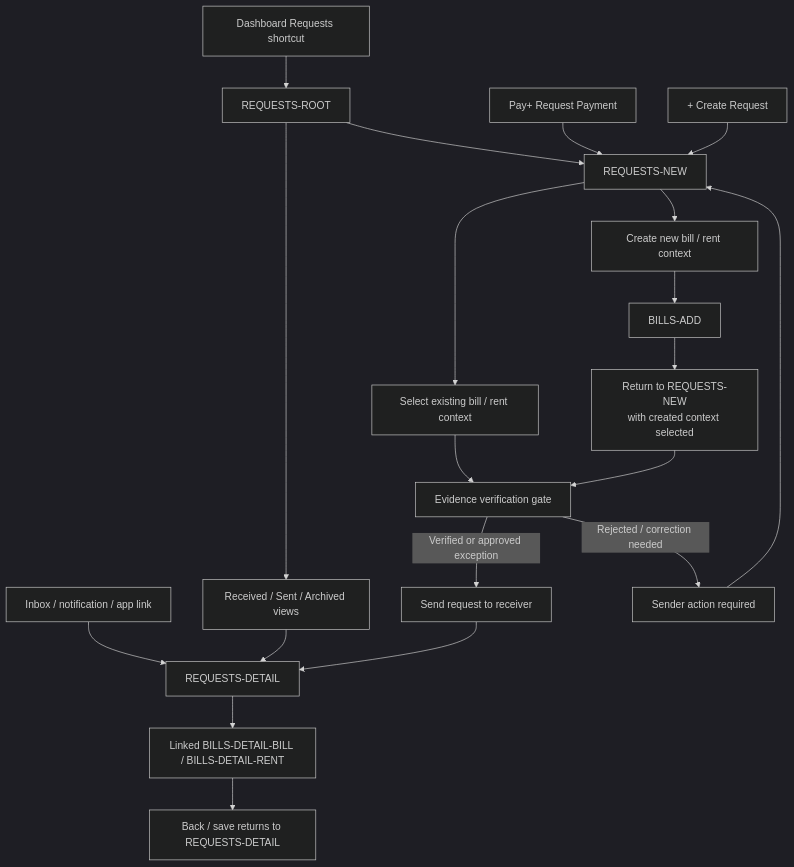
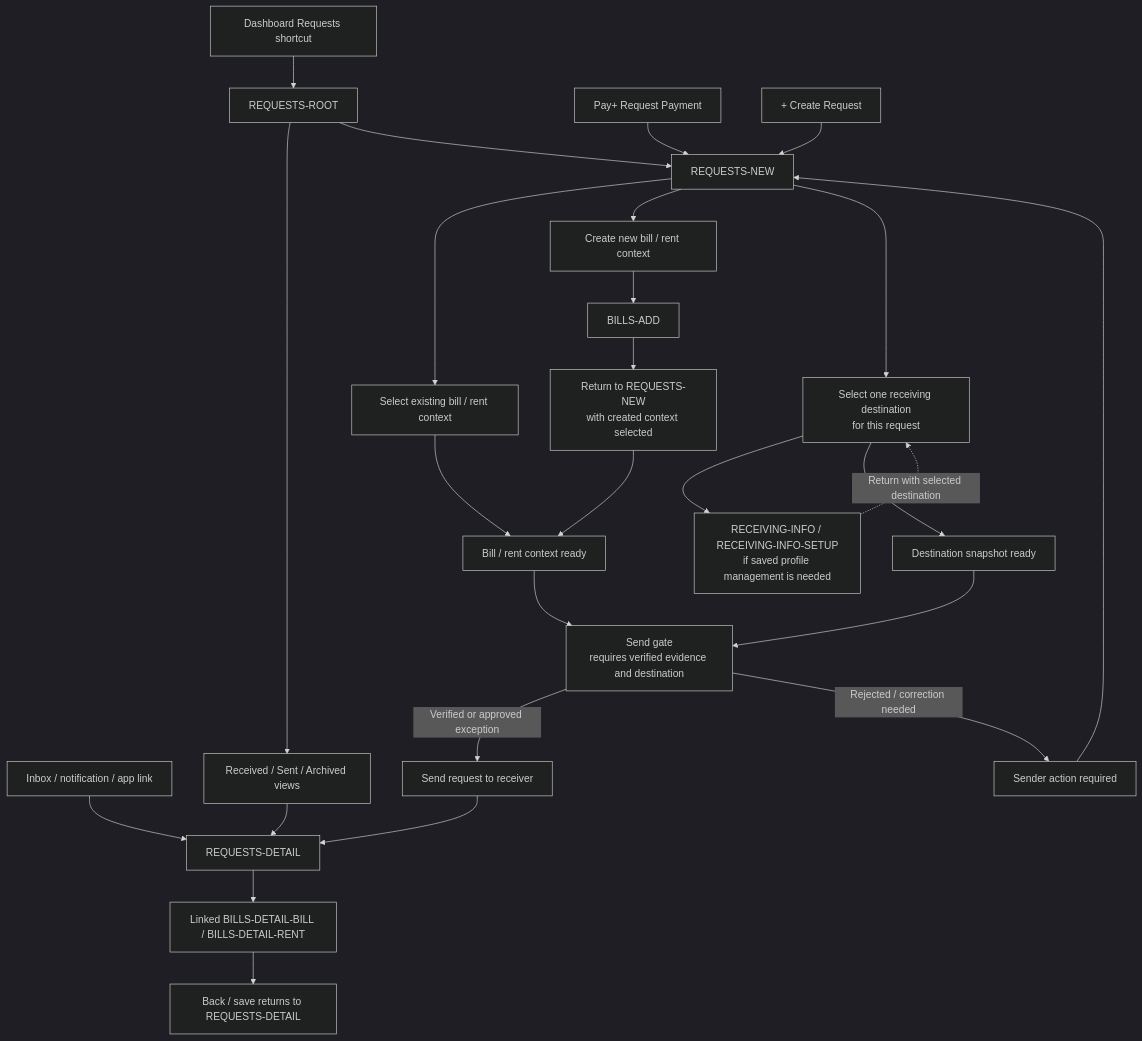
Before and after one commit to adminpayplus/payplus-docs: the third of 8 diagrams in docs/diagrams/payplus-app-route-entry-map.md, drawn with Mermaid (dark theme). The commit also changed other lines of this file and 32 other files, not shown here.

Commit message:
docs: align request lifecycle and receiving info

````diff
--- a/docs/diagrams/payplus-app-route-entry-map.md
+++ b/docs/diagrams/payplus-app-route-entry-map.md
@@ -82,26 +85,33 @@
 ```mermaid
 flowchart TD
   ENTRY1["Dashboard Requests shortcut"] --> RROOT["REQUESTS-ROOT"]
   ENTRY2["Inbox / notification / app link"] --> RDETAIL["REQUESTS-DETAIL"]
   ENTRY3["Pay+ Request Payment"] --> RNEW["REQUESTS-NEW"]
   ENTRY4["+ Create Request"] --> RNEW
 
   RROOT --> RVIEWS["Received / Sent / Archived views"]
   RVIEWS --> RDETAIL
   RROOT --> RNEW
 
   RNEW --> RSELECT["Select existing bill / rent context"]
   RNEW --> RCREATE["Create new bill / rent context"]
   RCREATE --> BADD["BILLS-ADD"]
   BADD --> RNEWRETURN["Return to REQUESTS-NEW<br/>with created context selected"]
 
-  RSELECT --> RGATE["Evidence verification gate"]
-  RNEWRETURN --> RGATE
+  RNEW --> RDEST["Select one receiving destination<br/>for this request"]
+  RDEST --> RINFO["RECEIVING-INFO / RECEIVING-INFO-SETUP<br/>if saved profile management is needed"]
+  RINFO -. "Return with selected destination" .-> RDEST
+
+  RSELECT --> RCONTEXT["Bill / rent context ready"]
+  RNEWRETURN --> RCONTEXT
+  RDEST --> RDESTREADY["Destination snapshot ready"]
+  RCONTEXT --> RGATE["Send gate<br/>requires verified evidence and destination"]
+  RDESTREADY --> RGATE
   RGATE -->|"Verified or approved exception"| RSEND["Send request to receiver"]
   RGATE -->|"Rejected / correction needed"| RACTION["Sender action required"]
 
   RSEND --> RDETAIL
   RACTION --> RNEW
   RDETAIL --> BDETAIL["Linked BILLS-DETAIL-BILL / BILLS-DETAIL-RENT"]
   BDETAIL --> RDETAILRETURN["Back / save returns to REQUESTS-DETAIL"]
 ```
````
